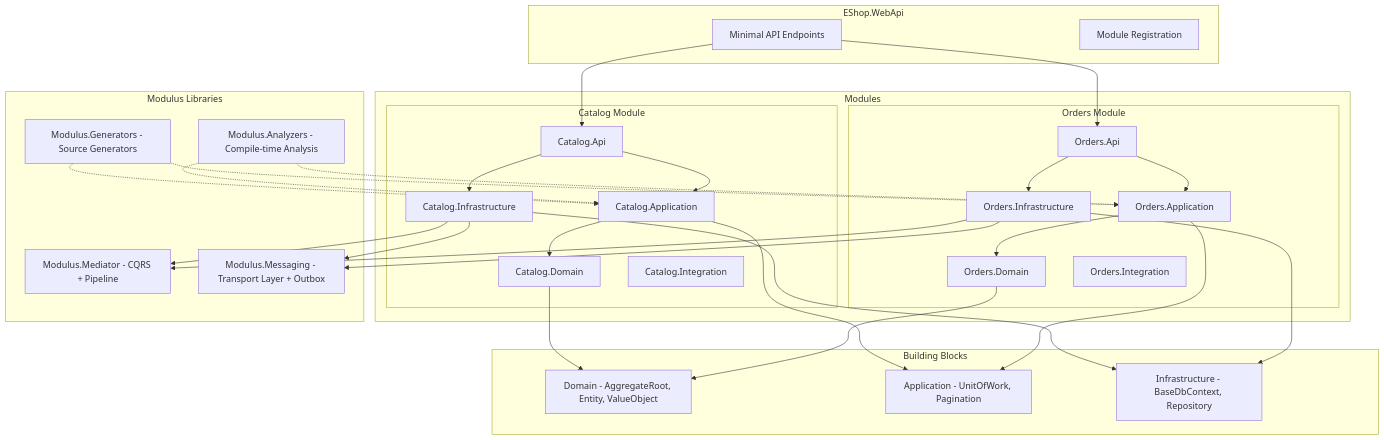
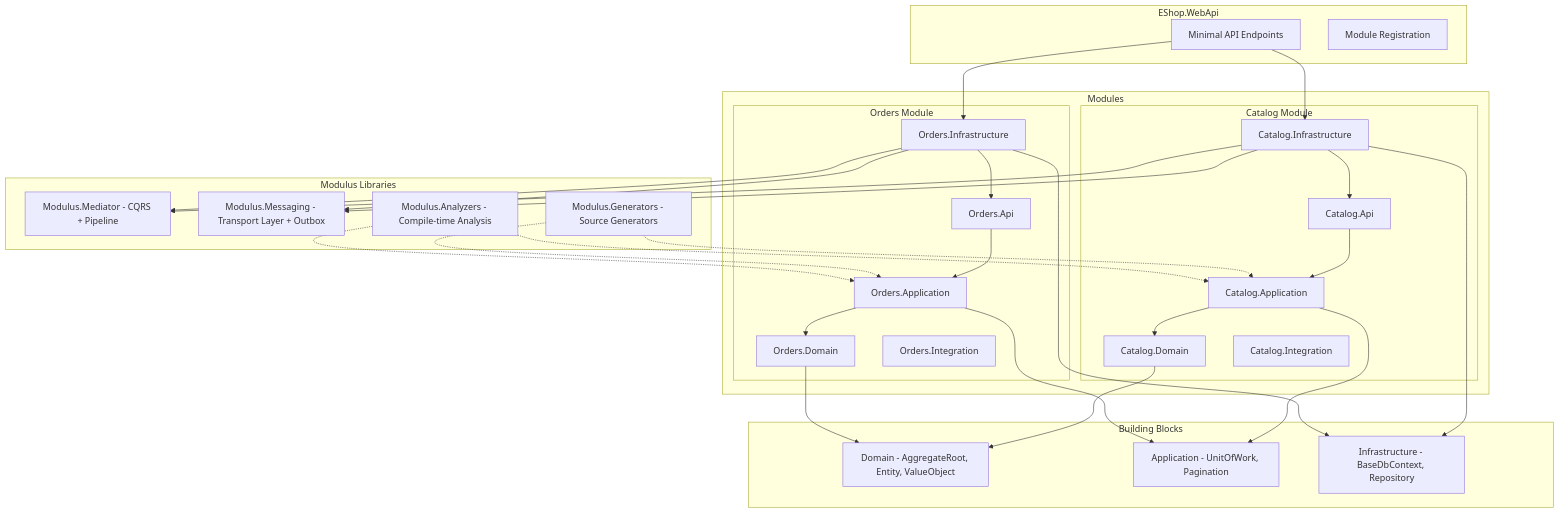
One commit to AdamWyatt34/Modulus changed the first of 2 diagrams in docs/architecture/index.md. Above: the diagram before and after it, drawn with Mermaid. The commit also changed other lines of this file and 44 other files, not shown here.

````diff
--- a/docs/architecture/index.md
+++ b/docs/architecture/index.md
@@ -44,45 +44,45 @@
 ```mermaid
 graph TB
     subgraph Host["EShop.WebApi"]
         API[Minimal API Endpoints]
         REG[Module Registration]
     end
     subgraph Modules
         subgraph Catalog["Catalog Module"]
             CA[Catalog.Api]
             CAP[Catalog.Application]
             CD[Catalog.Domain]
             CI[Catalog.Infrastructure]
             CINT[Catalog.Integration]
         end
         subgraph Orders["Orders Module"]
             OA[Orders.Api]
             OAP[Orders.Application]
             OD[Orders.Domain]
             OI[Orders.Infrastructure]
             OINT[Orders.Integration]
         end
     end
     subgraph BuildingBlocks["Building Blocks"]
         BB_D[Domain - AggregateRoot, Entity, ValueObject]
         BB_A[Application - UnitOfWork, Pagination]
         BB_I[Infrastructure - BaseDbContext, Repository]
     end
     subgraph Libraries["Modulus Libraries"]
         MED[Modulus.Mediator - CQRS + Pipeline]
         MSG[Modulus.Messaging - Transport Layer + Outbox]
         GEN[Modulus.Generators - Source Generators]
         ANZ[Modulus.Analyzers - Compile-time Analysis]
     end
-    API --> CA & OA
+    API --> CI & OI
     CA --> CAP --> CD
-    CA --> CI
+    CI --> CA
     OA --> OAP --> OD
-    OA --> OI
+    OI --> OA
     CI & OI --> MED & MSG
     CD & OD --> BB_D
     CAP & OAP --> BB_A
     CI & OI --> BB_I
     GEN -.-> CAP & OAP
     ANZ -.-> CAP & OAP
 ```
````
